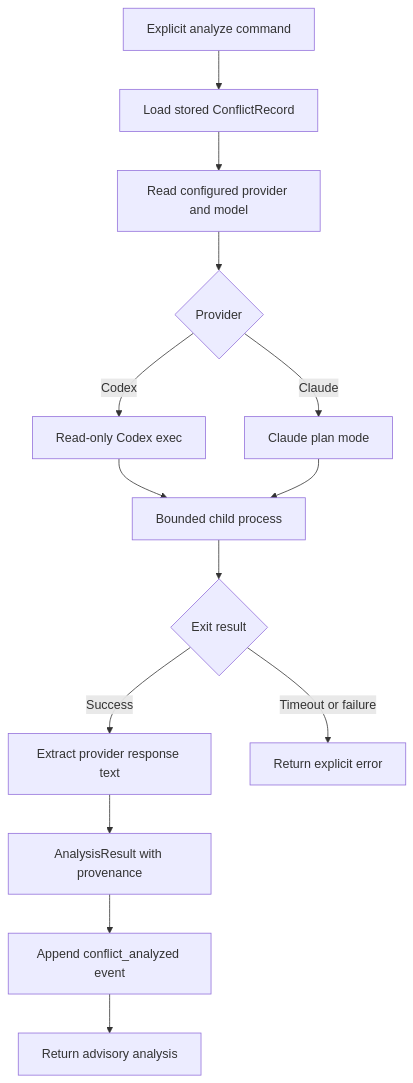
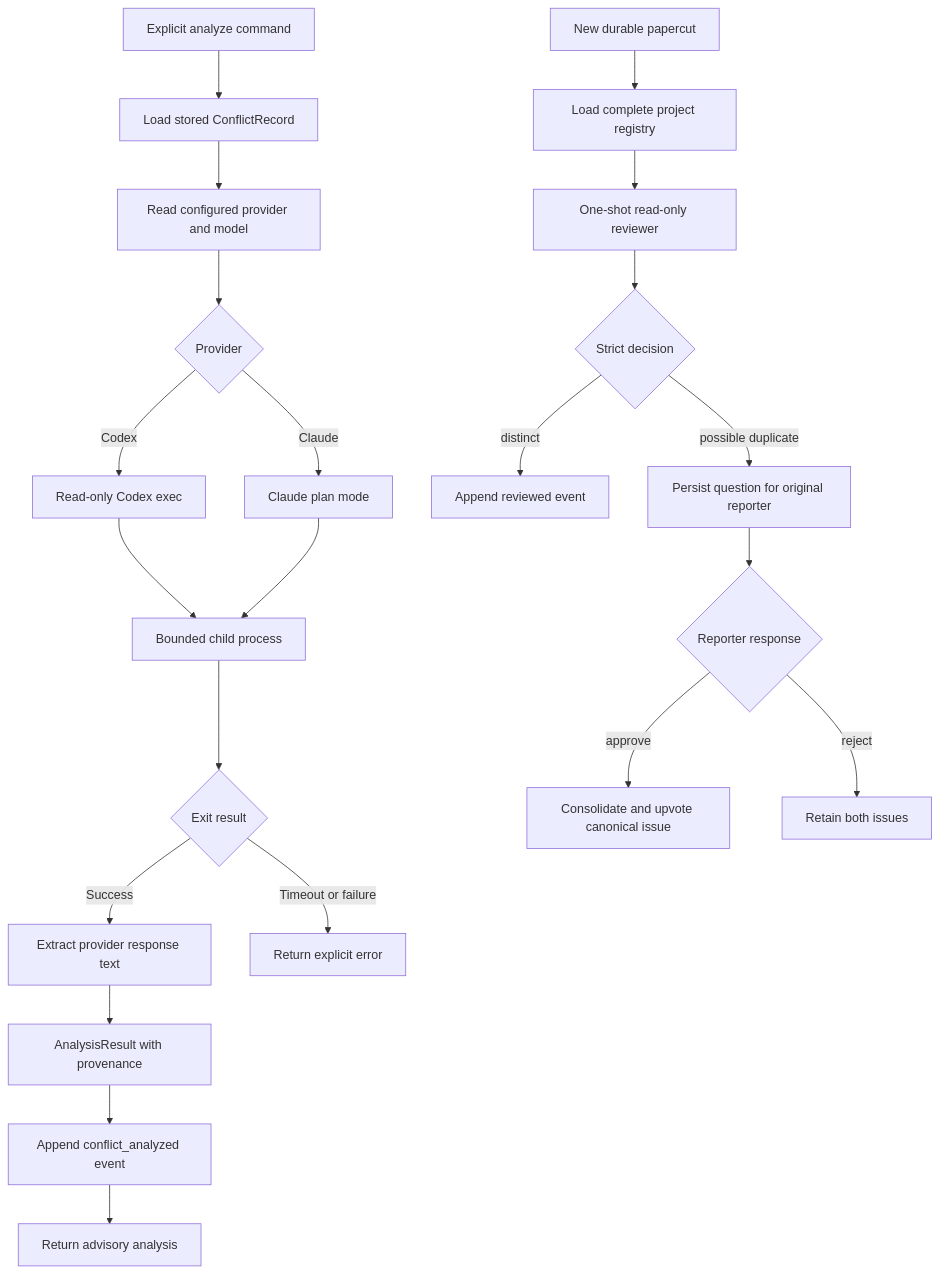
One commit to warrenronsiek/nexus changed the diagram in docs/features/analyst.md. Above: the diagram before and after it, drawn with Mermaid. The commit also changed other lines of this file and 40 other files, not shown here.

````diff
--- a/docs/features/analyst.md
+++ b/docs/features/analyst.md
@@ -17,16 +17,24 @@
 ```mermaid
 flowchart TD
     A[Explicit analyze command] --> B[Load stored ConflictRecord]
     B --> C[Read configured provider and model]
     C --> D{Provider}
     D -->|Codex| E[Read-only Codex exec]
     D -->|Claude| F[Claude plan mode]
     E --> G[Bounded child process]
     F --> G
     G --> H{Exit result}
     H -->|Success| I[Extract provider response text]
     H -->|Timeout or failure| J[Return explicit error]
     I --> K[AnalysisResult with provenance]
     K --> L[Append conflict_analyzed event]
     L --> M[Return advisory analysis]
+    N[New durable papercut] --> O[Load complete project registry]
+    O --> P[One-shot read-only reviewer]
+    P --> Q{Strict decision}
+    Q -->|distinct| R[Append reviewed event]
+    Q -->|possible duplicate| S[Persist question for original reporter]
+    S --> T{Reporter response}
+    T -->|approve| U[Consolidate and upvote canonical issue]
+    T -->|reject| V[Retain both issues]
 ```
````
